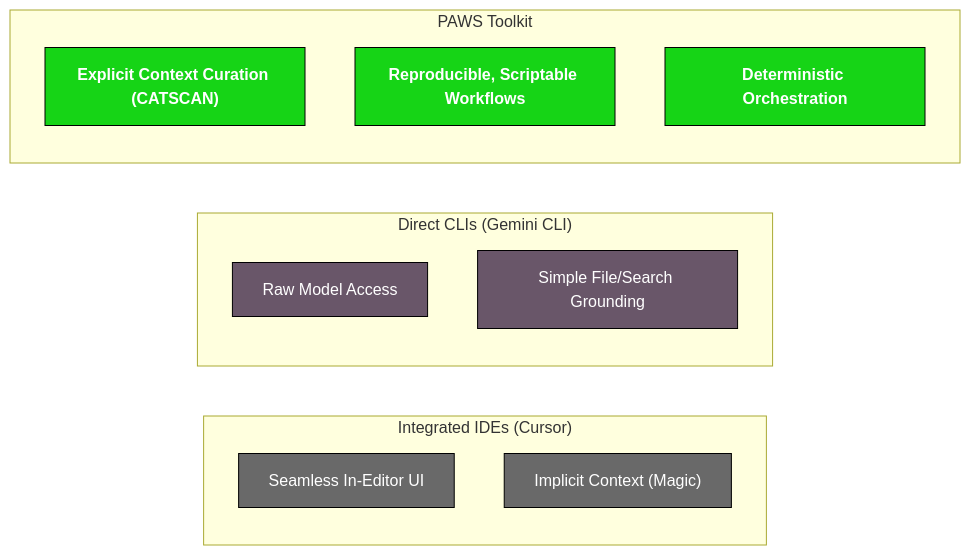
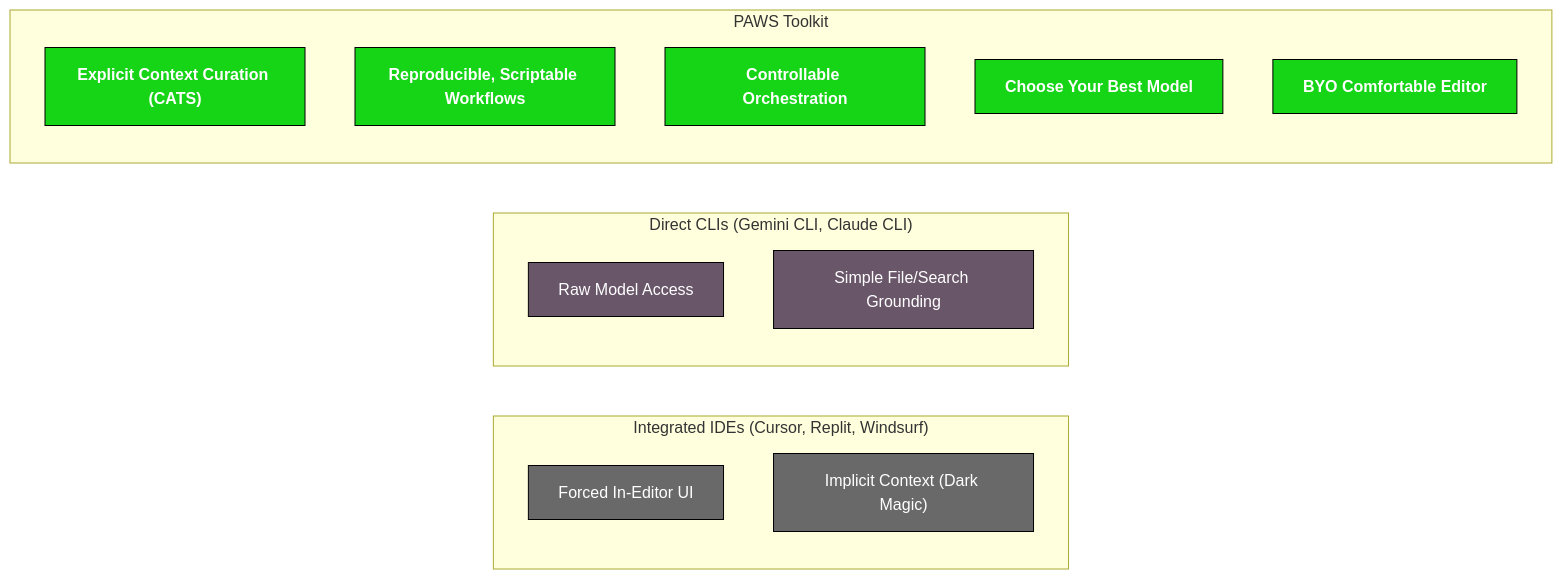
Before and after one commit to clocksmith/paws: the first of 3 diagrams in README.md, drawn with Mermaid.

````diff
--- a/README.md
+++ b/README.md
@@ -13,23 +13,25 @@
 ```mermaid
 graph LR
-    subgraph "Integrated IDEs (Cursor)"
-        A1["Seamless In-Editor UI"]
-        A2["Implicit Context (Magic)"]
+    subgraph "Integrated IDEs (Cursor, Replit, Windsurf)"
+        A1["Forced In-Editor UI"]
+        A2["Implicit Context (Dark Magic)"]
     end
-    subgraph "Direct CLIs (Gemini CLI)"
+    subgraph "Direct CLIs (Gemini CLI, Claude CLI)"
         B1["Raw Model Access"]
         B2["Simple File/Search Grounding"]
     end
     subgraph "PAWS Toolkit"
-        C1["<b>Explicit Context Curation (CATSCAN)</b>"]
+        C1["<b>Explicit Context Curation (CATS)</b>"]
         C2["<b>Reproducible, Scriptable Workflows</b>"]
-        C3["<b>Deterministic Orchestration</b>"]
+        C3["<b>Controllable Orchestration</b>"]
+        C4["<b>Choose Your Best Model</b>"]
+        C5["<b>BYO Comfortable Editor</b>"]
     end
 
     classDef paws fill:#16D416,stroke:#000,color:#fff;
     classDef ide fill:#696969,stroke:#000,color:#fff;
     classDef cli fill:#695669,stroke:#000,color:#fff;
     class A1,A2 ide;
     class B1,B2 cli;
-    class C1,C2,C3 paws;
+    class C1,C2,C3,C4,C5 paws;
 ```
````
